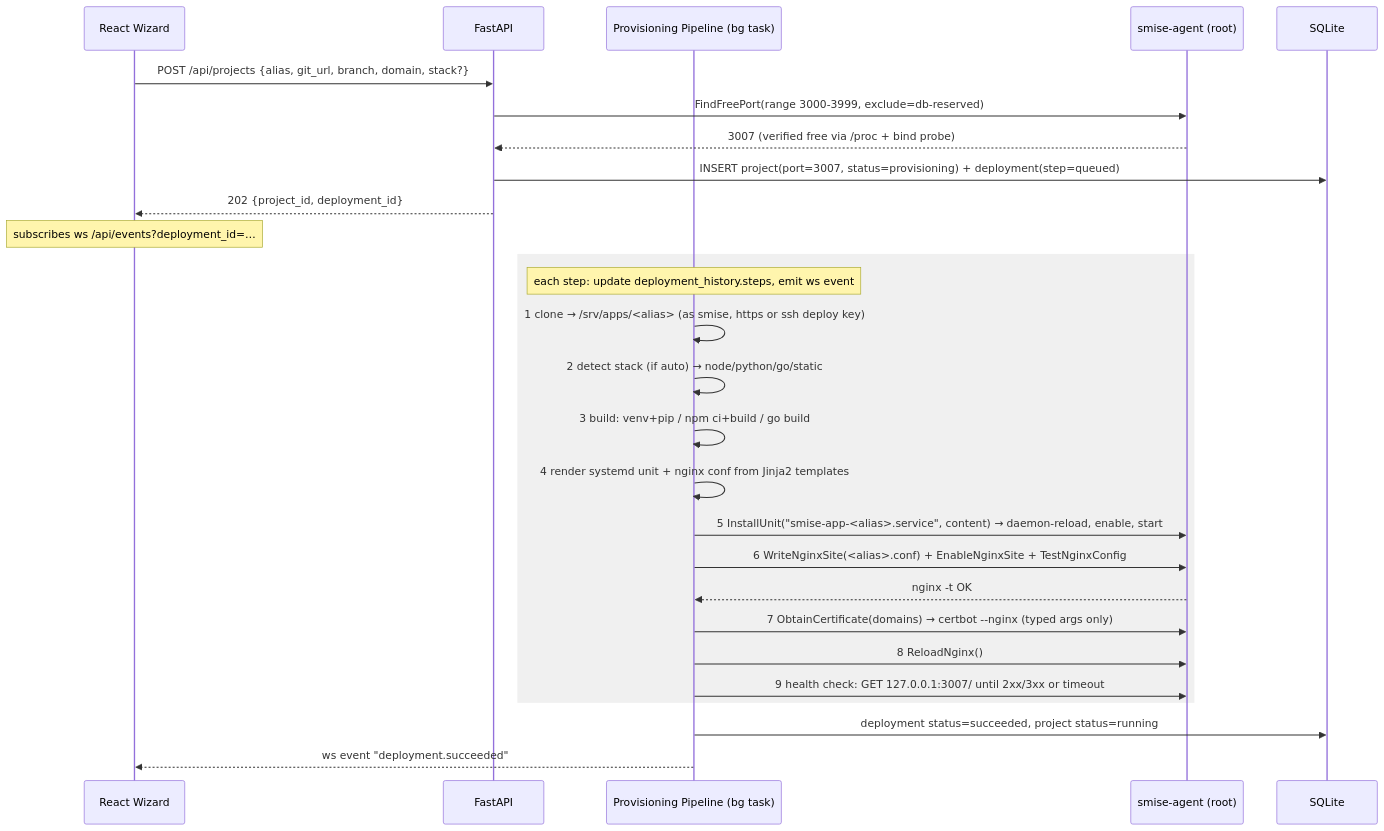
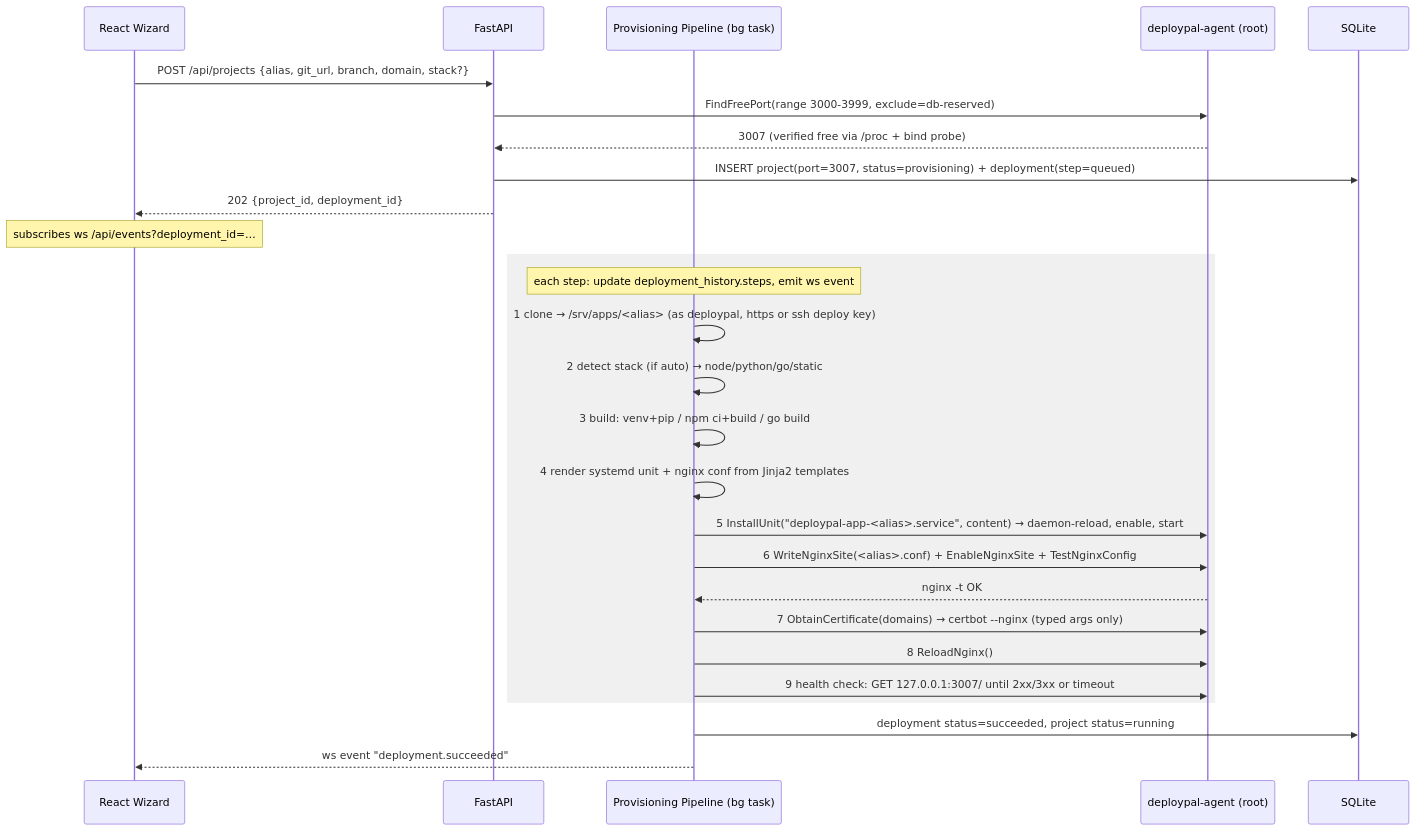
The third of 3 diagrams in docs/ARCHITECTURE.md (alikhd1/DeployPal), drawn with Mermaid before and after one commit. The commit also changed other lines of this file and 25 other files, not shown here.

First line of the commit message:
Rename smise to deploypal everywhere

````diff
--- a/docs/ARCHITECTURE.md
+++ b/docs/ARCHITECTURE.md
@@ -127,31 +127,31 @@
 ```mermaid
 sequenceDiagram
     participant UI as React Wizard
     participant API as FastAPI
     participant PIPE as Provisioning Pipeline (bg task)
-    participant A as smise-agent (root)
+    participant A as deploypal-agent (root)
     participant D as SQLite
 
     UI->>API: POST /api/projects {alias, git_url, branch, domain, stack?}
     API->>A: FindFreePort(range 3000-3999, exclude=db-reserved)
     A-->>API: 3007 (verified free via /proc + bind probe)
     API->>D: INSERT project(port=3007, status=provisioning) + deployment(step=queued)
     API-->>UI: 202 {project_id, deployment_id}
     Note over UI: subscribes ws /api/events?deployment_id=…
 
     rect rgb(240,240,240)
     Note over PIPE: each step: update deployment_history.steps, emit ws event
-    PIPE->>PIPE: 1 clone → /srv/apps/<alias>  (as smise, https or ssh deploy key)
+    PIPE->>PIPE: 1 clone → /srv/apps/<alias>  (as deploypal, https or ssh deploy key)
     PIPE->>PIPE: 2 detect stack (if auto) → node/python/go/static
     PIPE->>PIPE: 3 build: venv+pip / npm ci+build / go build
     PIPE->>PIPE: 4 render systemd unit + nginx conf from Jinja2 templates
-    PIPE->>A: 5 InstallUnit("smise-app-<alias>.service", content) → daemon-reload, enable, start
+    PIPE->>A: 5 InstallUnit("deploypal-app-<alias>.service", content) → daemon-reload, enable, start
     PIPE->>A: 6 WriteNginxSite(<alias>.conf) + EnableNginxSite + TestNginxConfig
     A-->>PIPE: nginx -t OK
     PIPE->>A: 7 ObtainCertificate(domains) → certbot --nginx (typed args only)
     PIPE->>A: 8 ReloadNginx()
     PIPE->>A: 9 health check: GET 127.0.0.1:3007/ until 2xx/3xx or timeout
     end
     PIPE->>D: deployment status=succeeded, project status=running
     PIPE-->>UI: ws event "deployment.succeeded"
 ```
````
